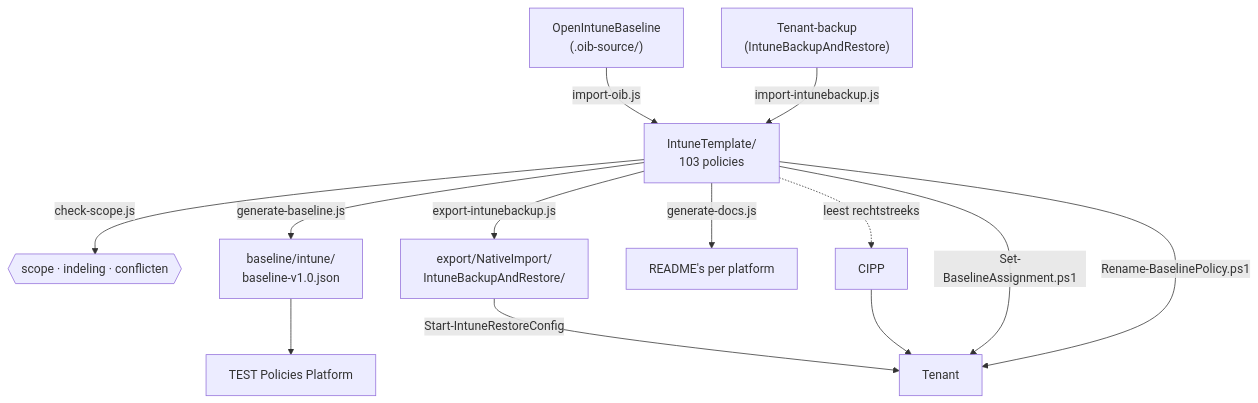
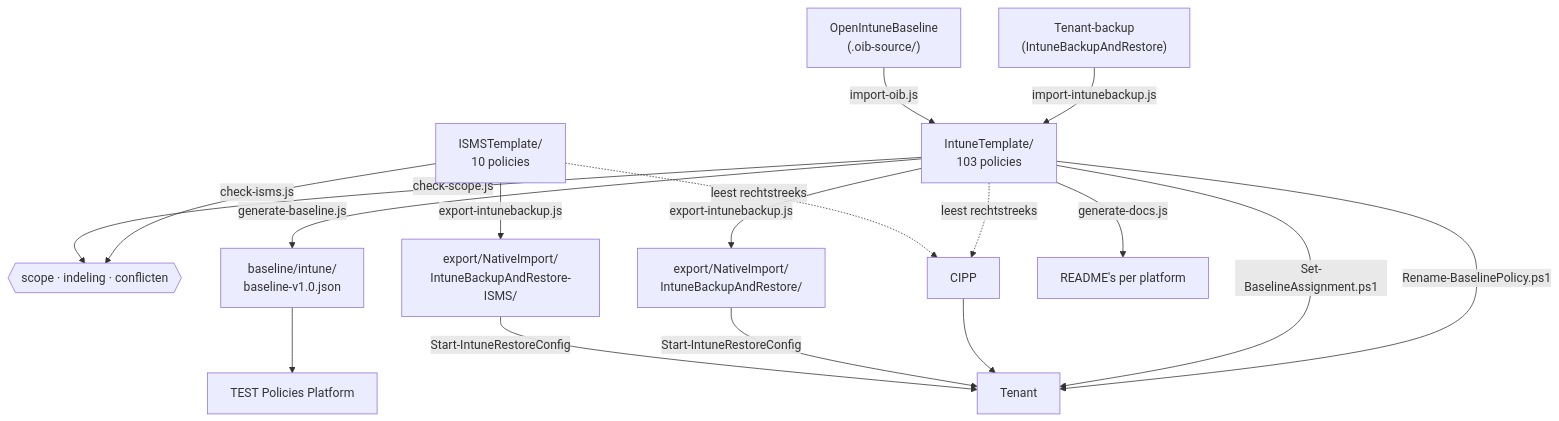
Before and after one commit to sjkanon/IntuneBackup: the diagram in scripts/README.md, drawn with Mermaid. The commit also changed other lines of this file and 28 other files, not shown here.

````diff
--- a/scripts/README.md
+++ b/scripts/README.md
@@ -7,16 +7,20 @@
 ```mermaid
 flowchart TD
   OIB["OpenIntuneBaseline<br/>(.oib-source/)"] -->|import-oib.js| T
   TEN["Tenant-backup<br/>(IntuneBackupAndRestore)"] -->|import-intunebackup.js| T
   T["IntuneTemplate/<br/>103 policies"]
   T -->|check-scope.js| CHK{{"scope · indeling · conflicten"}}
   T -->|generate-baseline.js| BL["baseline/intune/<br/>baseline-v1.0.json"]
   T -->|export-intunebackup.js| EX["export/NativeImport/<br/>IntuneBackupAndRestore/"]
+  I["ISMSTemplate/<br/>10 policies"] -->|check-isms.js| CHK
+  I -->|export-intunebackup.js| EXI["export/NativeImport/<br/>IntuneBackupAndRestore-ISMS/"]
+  I -.->|leest rechtstreeks| CIPP
+  EXI -->|Start-IntuneRestoreConfig| TENANT
   T -->|generate-docs.js| DOC["README's per platform"]
   T -.->|leest rechtstreeks| CIPP["CIPP"]
   BL --> PLAT["TEST Policies Platform"]
   EX -->|Start-IntuneRestoreConfig| TENANT["Tenant"]
   CIPP --> TENANT
   T -->|Set-BaselineAssignment.ps1| TENANT
   T -->|Rename-BaselinePolicy.ps1| TENANT
 ```
````
